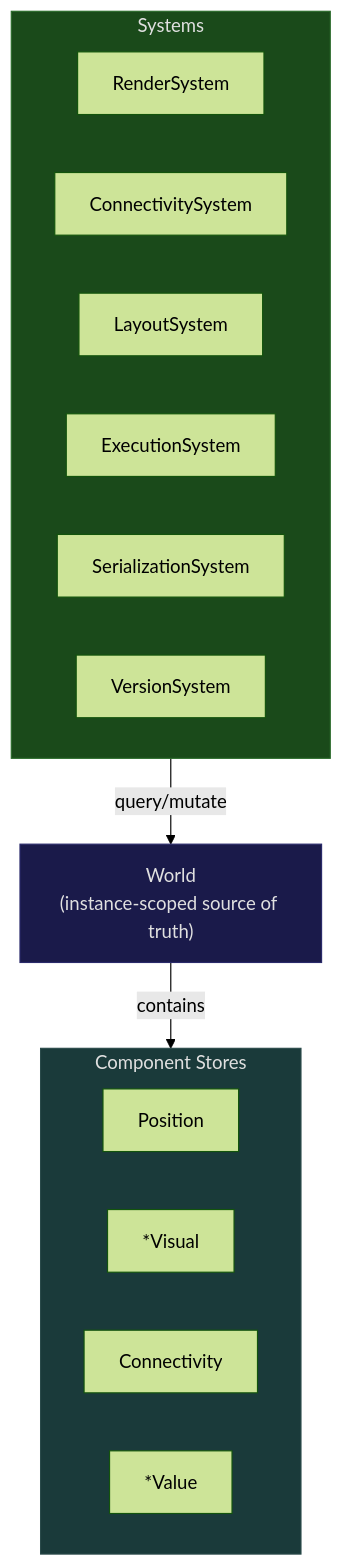
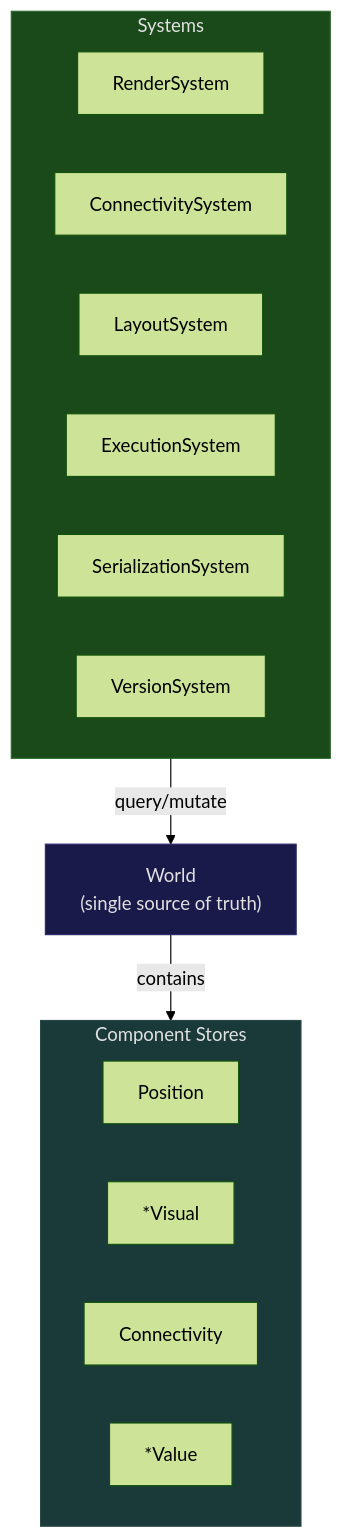
The ninth of 12 diagrams in docs/architecture/ecs-target-architecture.md (Comfy-Org/ComfyUI_frontend), drawn with Mermaid (forest theme) before and after one commit. The commit also changed other lines of this file, not shown here.

First line of the commit message:
fix: strip leading whitespace from multi-line mermaid labels in architecture docs

````diff
--- a/docs/architecture/ecs-target-architecture.md
+++ b/docs/architecture/ecs-target-architecture.md
@@ -383,28 +354,28 @@
 ```mermaid
 graph TD
     subgraph Systems["Systems"]
         RS["RenderSystem"]
         CS["ConnectivitySystem"]
         LS["LayoutSystem"]
         ES["ExecutionSystem"]
         SS["SerializationSystem"]
         VS["VersionSystem"]
     end
 
     World["World
-(instance-scoped source of truth)"]
+(single source of truth)"]
 
     subgraph Components["Component Stores"]
         Pos["Position"]
         Vis["*Visual"]
         Con["Connectivity"]
         Val["*Value"]
     end
 
     Systems -->|"query/mutate"| World
     World -->|"contains"| Components
 
     style Systems fill:#1a4a1a,stroke:#2a6a2a,color:#e0e0e0
     style World fill:#1a1a4a,stroke:#2a2a6a,color:#e0e0e0
     style Components fill:#1a3a3a,stroke:#2a4a4a,color:#e0e0e0
 ```
````
